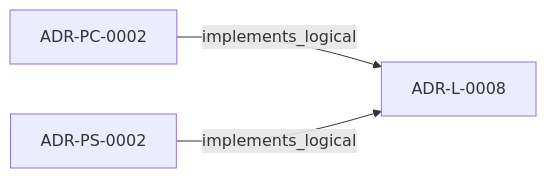
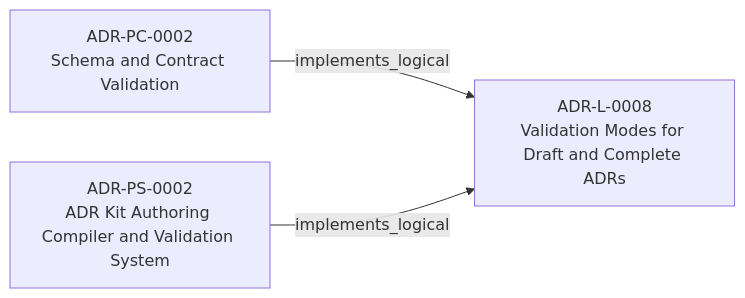
Before and after one commit to egallmann/adr-architecture-kit: the first of 2 diagrams in adrs/adr-projection/logical/ADR-L-0008-validation-modes-for-draft-and-complete-adrs.md, drawn with Mermaid. The commit also changed other lines of this file and 35 other files, not shown here.

````diff
--- a/adrs/adr-projection/logical/ADR-L-0008-validation-modes-for-draft-and-complete-adrs.md
+++ b/adrs/adr-projection/logical/ADR-L-0008-validation-modes-for-draft-and-complete-adrs.md
@@ -30,8 +30,8 @@
 ```mermaid
 flowchart LR
-  n_019fee89_e616_7066_8d2f_3acc7f469f72["ADR-L-0008"]
-  n_019fee89_e617_7d2b_8325_cd85ff814477["ADR-PC-0002"]
-  n_019fee89_e618_7d04_9337_4aa2d3258507["ADR-PS-0002"]
+  n_019fee89_e616_7066_8d2f_3acc7f469f72["ADR-L-0008<br/>Validation Modes for Draft and Complete ADRs"]
+  n_019fee89_e617_7d2b_8325_cd85ff814477["ADR-PC-0002<br/>Schema and Contract Validation"]
+  n_019fee89_e618_7d04_9337_4aa2d3258507["ADR-PS-0002<br/>ADR Kit Authoring Compiler and Validation System"]
   n_019fee89_e617_7d2b_8325_cd85ff814477 -->|"implements_logical"| n_019fee89_e616_7066_8d2f_3acc7f469f72
   n_019fee89_e618_7d04_9337_4aa2d3258507 -->|"implements_logical"| n_019fee89_e616_7066_8d2f_3acc7f469f72
 ```
````
